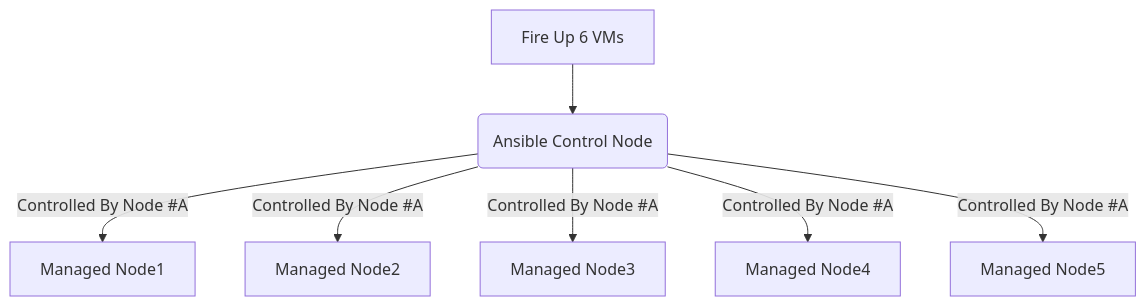
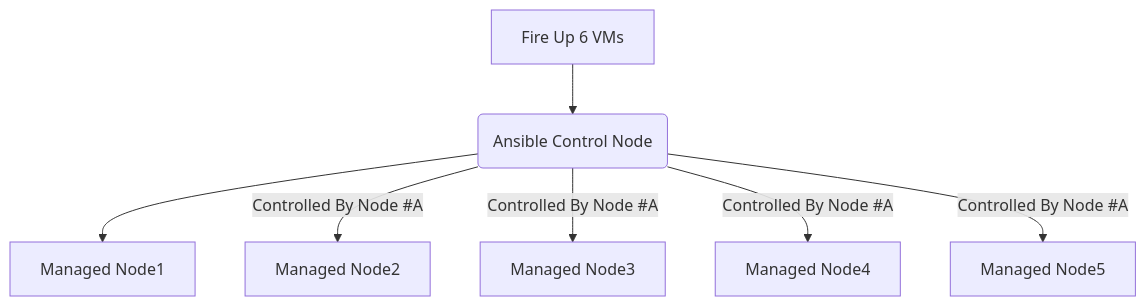
Before and after one commit to RedHatRanger/RHCE9Vagrant: the diagram in NOTES.md, drawn with Mermaid.

````diff
--- a/NOTES.md
+++ b/NOTES.md
@@ -21,9 +21,9 @@
 ```mermaid
 flowchart TD;
     A[Fire Up 6 VMs] --> B(Ansible Control Node);
-    B -- Controlled By Node #A --> C[Managed Node1];
+    B --> C[Managed Node1];
     B -- Controlled By Node #A --> D[Managed Node2];
     B -- Controlled By Node #A --> E[Managed Node3];
     B -- Controlled By Node #A --> F[Managed Node4];
     B -- Controlled By Node #A --> G[Managed Node5];
 ```
````
